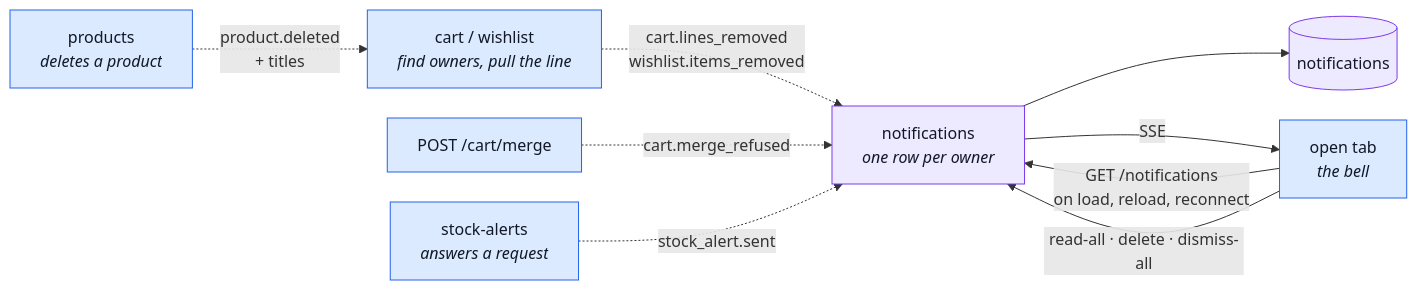
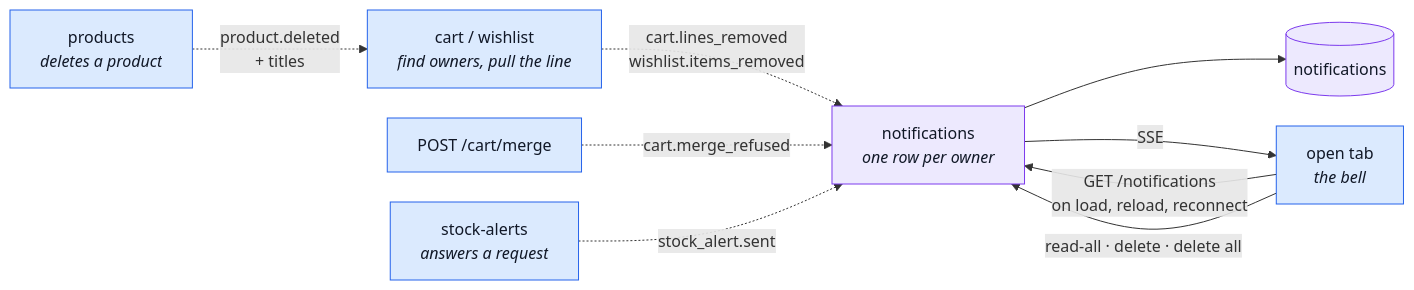
One commit to Guebbit/boilerplate-node-backend changed the second of 2 diagrams in docs/modules/notifications.md. Above: the diagram before and after it, drawn with Mermaid. The commit also changed 17 other files, not shown here.

````diff
--- a/docs/modules/notifications.md
+++ b/docs/modules/notifications.md
@@ -95,17 +95,17 @@
 ```mermaid
 %%{init: {'flowchart': {'nodeSpacing': 30, 'rankSpacing': 55}}}%%
 flowchart LR
     P["products<br/><i>deletes a product</i>"] -. "product.deleted<br/>+ titles" .-> C["cart / wishlist<br/><i>find owners, pull the line</i>"]
     C -. "cart.lines_removed<br/>wishlist.items_removed" .-> N["notifications<br/><i>one row per owner</i>"]
     M["POST /cart/merge"] -. "cart.merge_refused" .-> N
     A["stock-alerts<br/><i>answers a request</i>"] -. "stock_alert.sent" .-> N
     N --> DB[("notifications")]
     N -->|"SSE"| T["open tab<br/><i>the bell</i>"]
     T -->|"GET /notifications<br/>on load, reload, reconnect"| N
-    T -->|"read-all · delete · dismiss-all"| N
+    T -->|"read-all · delete · delete all"| N
 
     classDef own fill:#ede9fe,stroke:#7c3aed,color:#111827;
     classDef peer fill:#dbeafe,stroke:#2563eb,color:#111827;
     class N,DB own;
     class P,C,M,A,T peer;
 ```
````
